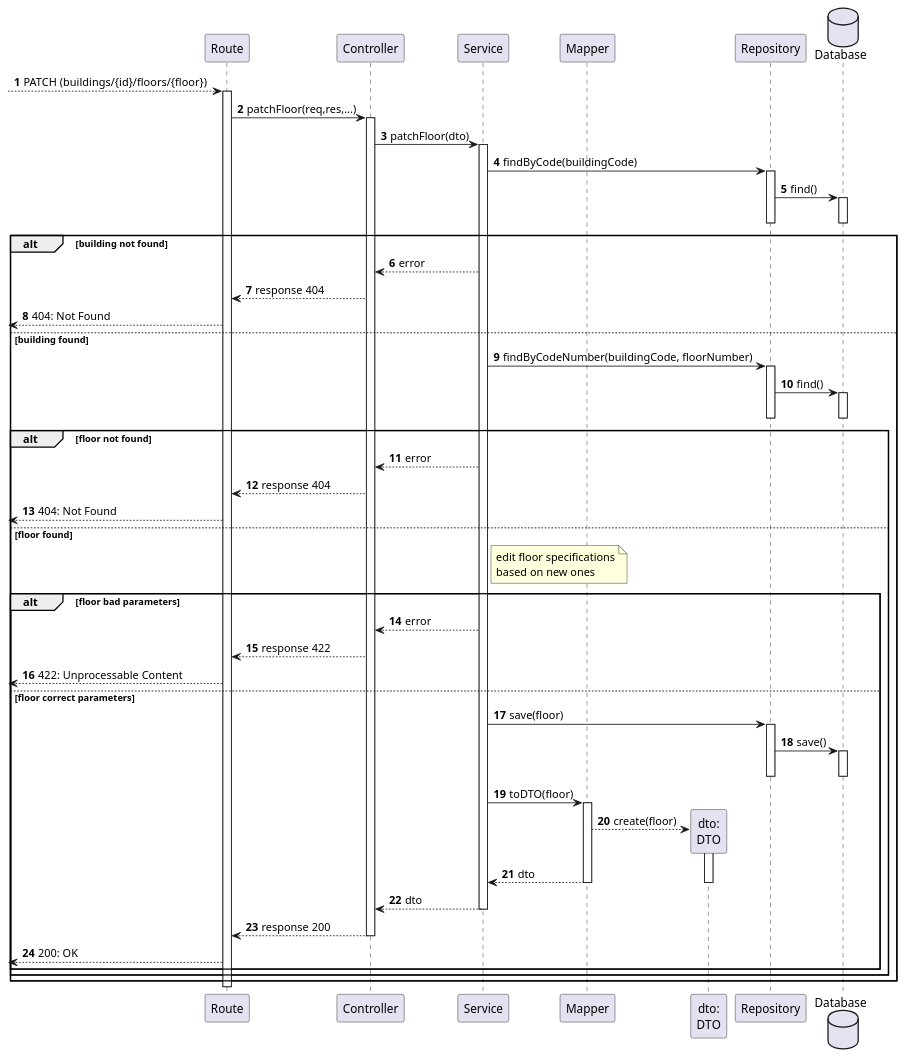
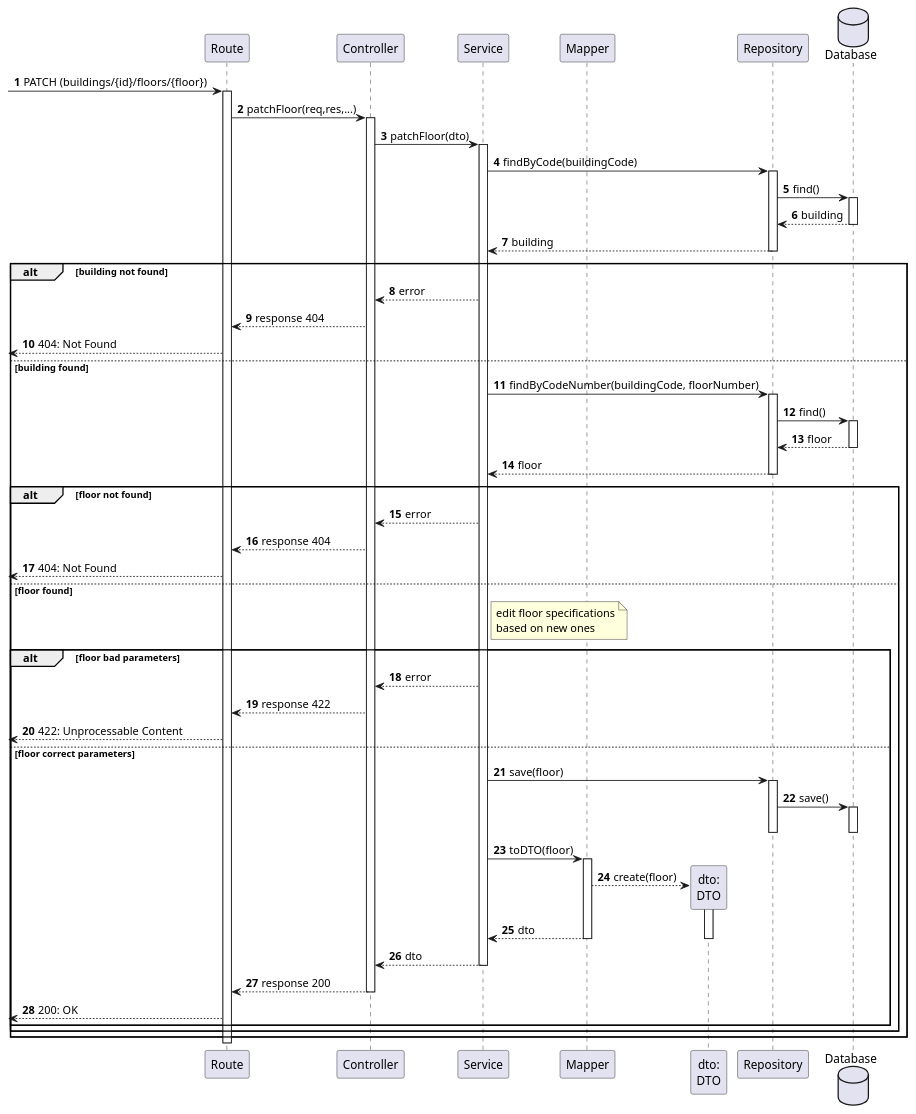
One commit to Departamento-de-Engenharia-Informatica/lapr5-23-24-g19 changed the diagram in docs/us200/level3/process-view-patch.puml. Above: the diagram before and after it, drawn with PlantUML. The commit also changed 3 other files, not shown here.

```diff
--- a/docs/us200/level3/process-view-patch.puml
+++ b/docs/us200/level3/process-view-patch.puml
@@ -1,80 +1,84 @@
 @startuml
 autonumber
 
 
 participant "Route" as r
 participant "Controller" as ctrl
 participant "Service" as svc
 
 
 participant "Mapper" as map
 participant "dto:\nDTO" as dto
 
 participant "Repository" as repo
 database "Database" as db
 
-[--> r: PATCH (buildings/{id}/floors/{floor})
+[-> r: PATCH (buildings/{id}/floors/{floor})
 activate r
     r -> ctrl : patchFloor(req,res,...)
         activate ctrl
             ctrl -> svc : patchFloor(dto)
             activate svc
                 svc -> repo : findByCode(buildingCode)
                 activate repo
                     repo -> db : find()
                     activate db
+                        db --> repo : building
                     deactivate db
+                    repo --> svc : building
                 deactivate repo
 
                 alt building not found
                     svc --> ctrl : error
                     ctrl --> r : response 404
                     [<--r : 404: Not Found
                 else building found
                     svc -> repo : findByCodeNumber(buildingCode, floorNumber)
                     activate repo
                         repo -> db : find()
                         activate db
+                            db --> repo : floor
                         deactivate db
+                        repo --> svc : floor
                     deactivate repo
 
                     alt floor not found
                         svc --> ctrl : error
                         ctrl --> r : response 404
                         [<--r : 404: Not Found
                     else floor found
                         note right of svc
                             edit floor specifications
                             based on new ones
                         end note
 
                         alt floor bad parameters
                             svc --> ctrl : error
                             ctrl --> r : response 422
                             [<--r : 422: Unprocessable Content
                         else floor correct parameters
                             svc -> repo : save(floor)
                             activate repo
                                 repo -> db : save()
                                 activate db
                                 deactivate db
                             deactivate repo
 
                             svc -> map : toDTO(floor)
                             activate map
                                 map --> dto **: create(floor)
                                 activate dto
                                     map --> svc : dto
                                 deactivate dto
                             deactivate map
                             svc --> ctrl : dto
                         deactivate svc
                     ctrl --> r : response 200
                 deactivate ctrl
                 [<--r: 200: OK
             end
         end
     end
 deactivate r
 
 @enduml
```
